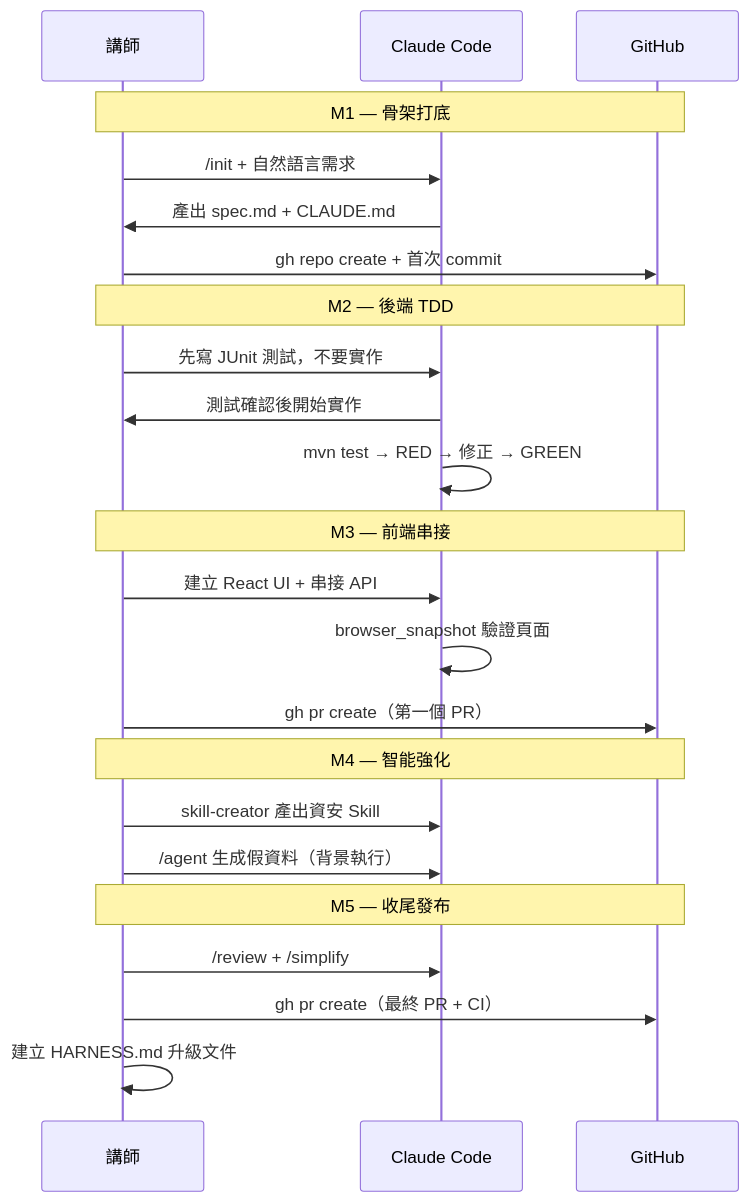
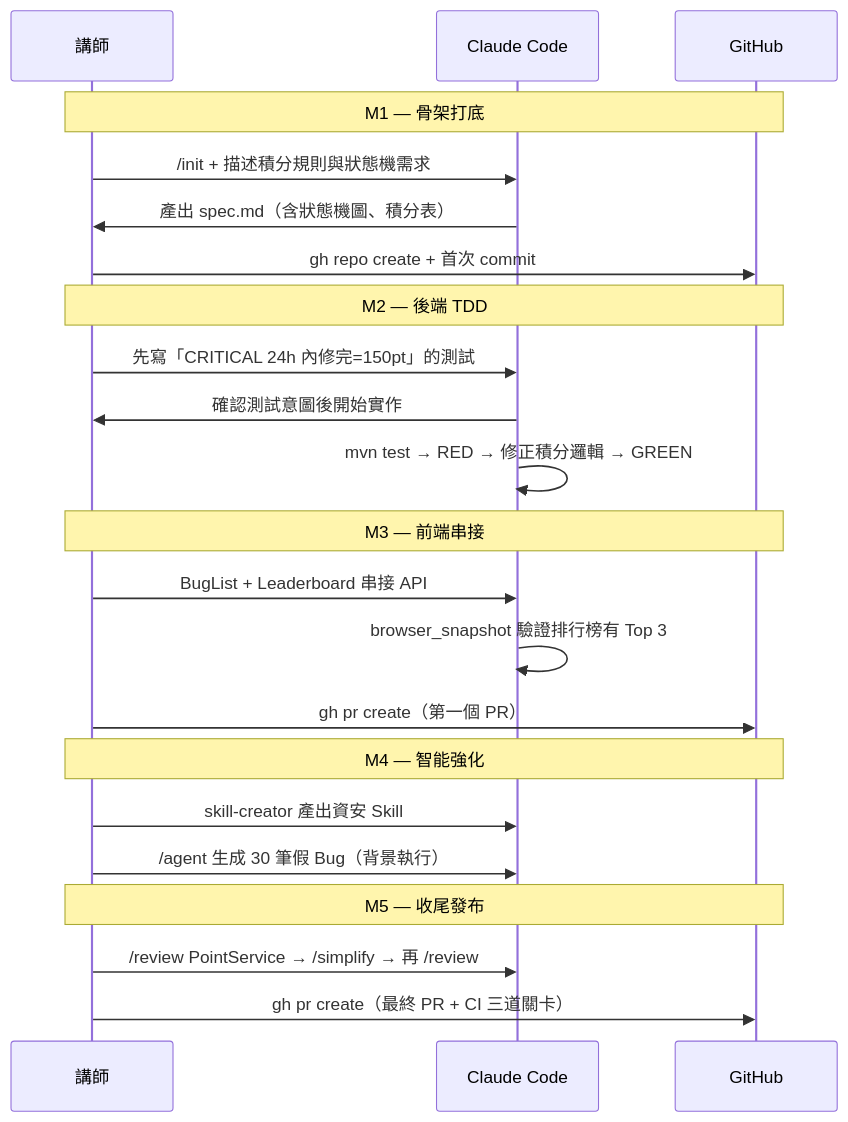
Before and after one commit to kevintsai1202/claude-code-tutorial: the second of 2 diagrams in portfolio_implementation_plan.md, drawn with Mermaid. The commit also changed other lines of this file and 1 other file, not shown here.

Commit message:
docs: update plan to Bug Hunter Leaderboard with concrete milestones

````diff
--- a/portfolio_implementation_plan.md
+++ b/portfolio_implementation_plan.md
@@ -292,30 +343,29 @@
 ```mermaid
 sequenceDiagram
   participant L as 講師
   participant C as Claude Code
   participant G as GitHub
 
   Note over L,G: M1 — 骨架打底
-  L->>C: /init + 自然語言需求
-  C->>L: 產出 spec.md + CLAUDE.md
+  L->>C: /init + 描述積分規則與狀態機需求
+  C->>L: 產出 spec.md（含狀態機圖、積分表）
   L->>G: gh repo create + 首次 commit
 
   Note over L,G: M2 — 後端 TDD
-  L->>C: 先寫 JUnit 測試，不要實作
-  C->>L: 測試確認後開始實作
-  C->>C: mvn test → RED → 修正 → GREEN
+  L->>C: 先寫「CRITICAL 24h 內修完=150pt」的測試
+  C->>L: 確認測試意圖後開始實作
+  C->>C: mvn test → RED → 修正積分邏輯 → GREEN
 
   Note over L,G: M3 — 前端串接
-  L->>C: 建立 React UI + 串接 API
-  C->>C: browser_snapshot 驗證頁面
+  L->>C: BugList + Leaderboard 串接 API
+  C->>C: browser_snapshot 驗證排行榜有 Top 3
   L->>G: gh pr create（第一個 PR）
 
   Note over L,G: M4 — 智能強化
   L->>C: skill-creator 產出資安 Skill
-  L->>C: /agent 生成假資料（背景執行）
+  L->>C: /agent 生成 30 筆假 Bug（背景執行）
 
   Note over L,G: M5 — 收尾發布
-  L->>C: /review + /simplify
-  L->>G: gh pr create（最終 PR + CI）
-  L->>L: 建立 HARNESS.md 升級文件
+  L->>C: /review PointService → /simplify → 再 /review
+  L->>G: gh pr create（最終 PR + CI 三道關卡）
 ```
````
